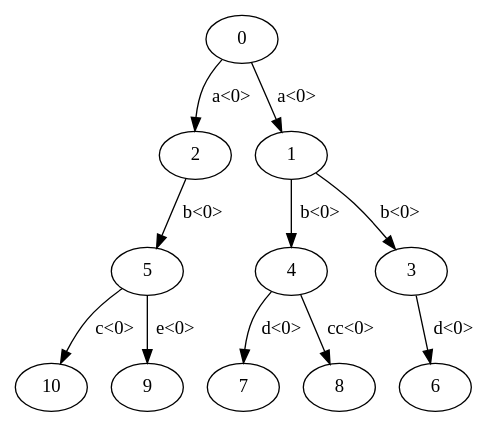
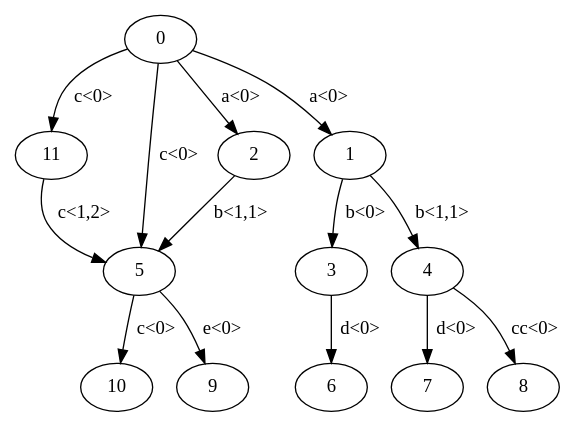
Before and after one commit to varivera/aliasing-java: the diagram in AliasingImpl/source/testingAliasDiagram.dot, drawn with Graphviz. The commit also changed 4 other files, not shown here.

```diff
--- a/AliasingImpl/source/testingAliasDiagram.dot
+++ b/AliasingImpl/source/testingAliasDiagram.dot
@@ -1,23 +1,27 @@
 digraph G {
+n3->n6 [label="d<0>"]
+n4->n7 [label="d<0>"]
+n4->n8 [label="cc<0>"]
+n11->n5 [label="c<1,2>"]
 n5->n10 [label="c<0>"]
 n5->n9 [label="e<0>"]
-n4->n7 [label="d<0>"]
-n4->n8 [label="cc<0>"]
-n3->n6 [label="d<0>"]
-n2->n5 [label="b<0>"]
-n1->n4 [label="b<0>"]
+n2->n5 [label="b<1,1>"]
 n1->n3 [label="b<0>"]
+n1->n4 [label="b<1,1>"]
+n0->n11 [label="c<0>"]
+n0->n5 [label="c<0>"]
 n0->n2 [label="a<0>"]
 n0->n1 [label="a<0>"]
 n0[label="0"]
 n1[label="1"]
 n2[label="2"]
 n3[label="3"]
 n4[label="4"]
 n5[label="5"]
 n6[label="6"]
 n7[label="7"]
 n8[label="8"]
 n9[label="9"]
 n10[label="10"]
+n11[label="11"]
 }
```
